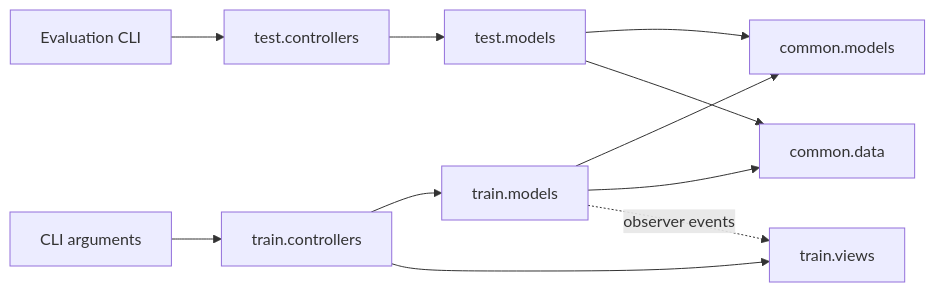
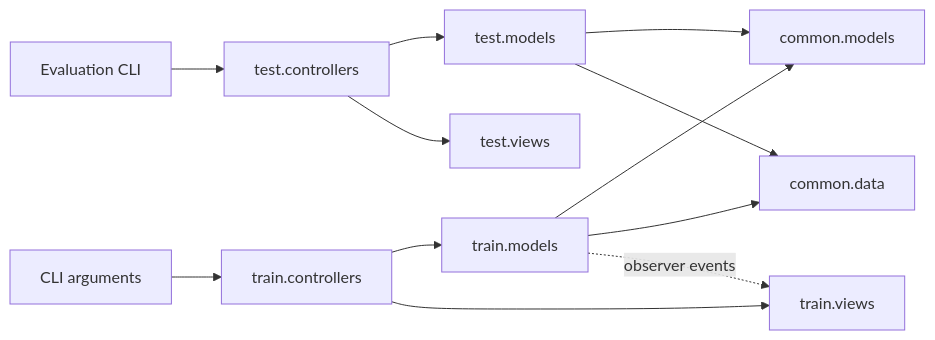
Before and after one commit to samnn152/GNNGL-PPI: the first of 2 diagrams in docs/class_diagram.md, drawn with Mermaid. The commit also changed other lines of this file and 3 other files, not shown here.

````diff
--- a/docs/class_diagram.md
+++ b/docs/class_diagram.md
@@ -22,14 +23,15 @@
 ```mermaid
 flowchart LR
     TrainInput[CLI arguments] --> TrainController[train.controllers]
     TrainController --> TrainModels[train.models]
     TrainController --> TrainViews[train.views]
     TrainModels --> SharedModels[common.models]
     TrainModels --> SharedData[common.data]
     TrainModels -. observer events .-> TrainViews
 
     TestInput[Evaluation CLI] --> TestController[test.controllers]
     TestController --> TestModels[test.models]
+    TestController --> TestViews[test.views]
     TestModels --> SharedModels
     TestModels --> SharedData
 ```
````
